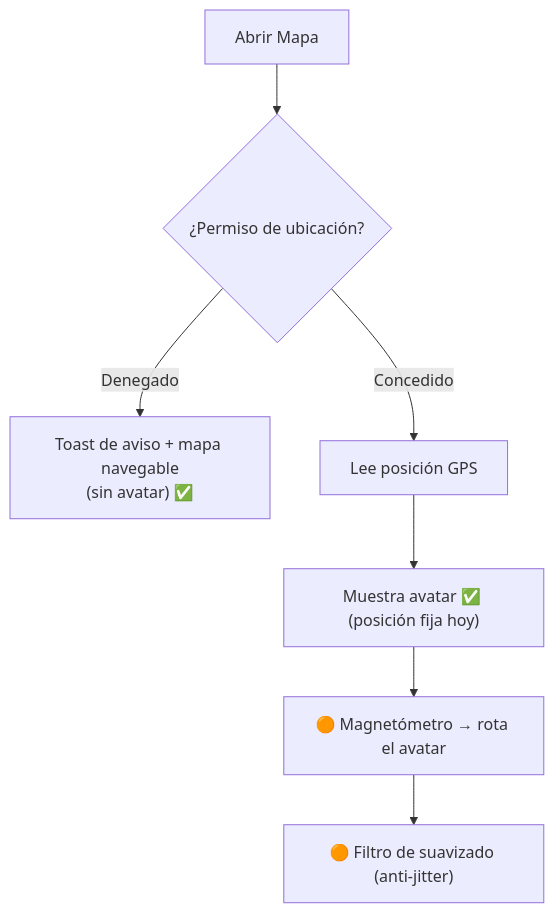
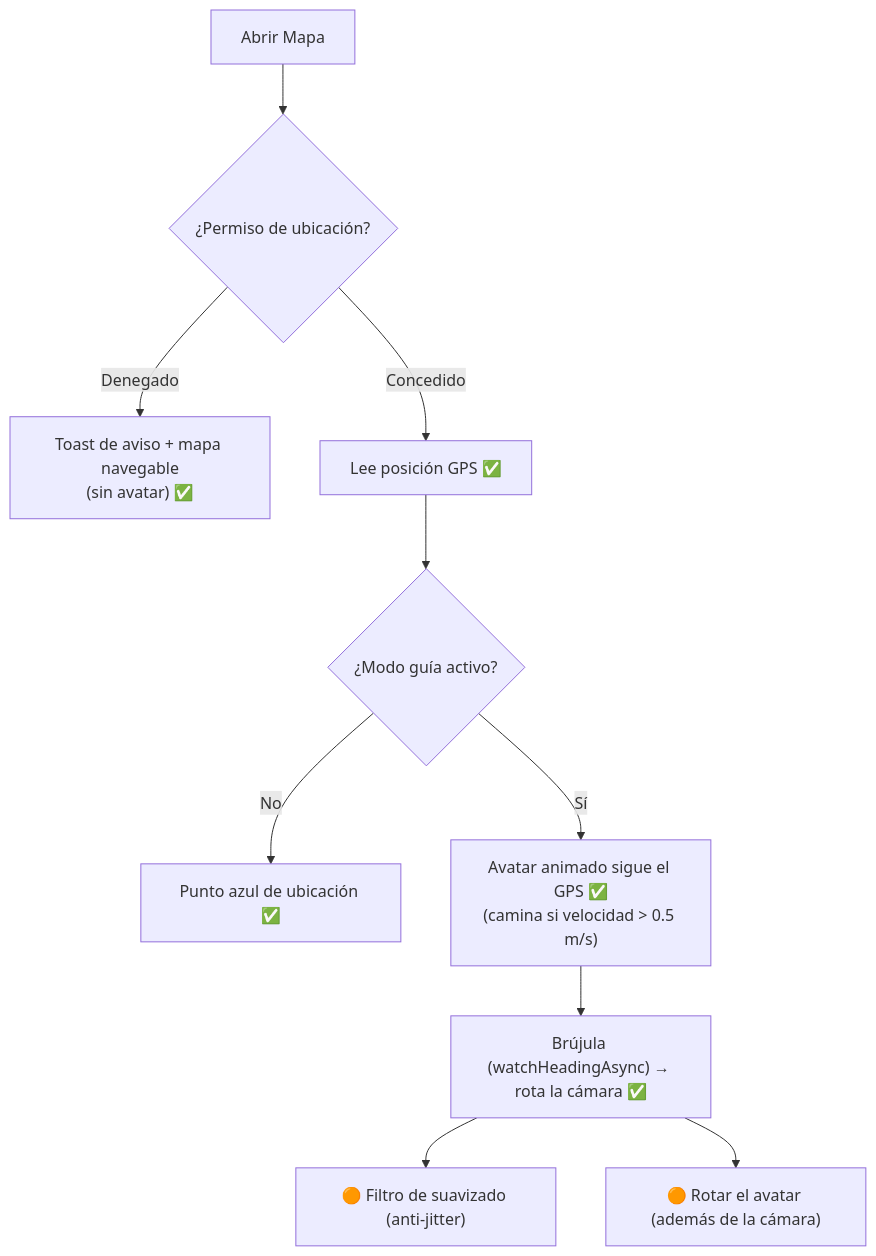
Before and after one commit to frank777ch/OndeSanMarcos: the eighth of 8 diagrams in documents/05-flujos.md, drawn with Mermaid. The commit also changed other lines of this file and 3 other files, not shown here.

````diff
--- a/documents/05-flujos.md
+++ b/documents/05-flujos.md
@@ -189,9 +189,12 @@
 ```mermaid
 flowchart TD
     start["Abrir Mapa"] --> perm{"¿Permiso de ubicación?"}
     perm -->|Denegado| toast["Toast de aviso + mapa navegable<br/>(sin avatar) ✅"]
-    perm -->|Concedido| loc["Lee posición GPS"]
-    loc --> avatar["Muestra avatar ✅ (posición fija hoy)"]
-    avatar --> sensors["🟠 Magnetómetro → rota el avatar"]
+    perm -->|Concedido| loc["Lee posición GPS ✅"]
+    loc --> modo{"¿Modo guía activo?"}
+    modo -->|No| punto["Punto azul de ubicación ✅"]
+    modo -->|Sí| avatar["Avatar animado sigue el GPS ✅<br/>(camina si velocidad > 0.5 m/s)"]
+    avatar --> sensors["Brújula (watchHeadingAsync) → rota la cámara ✅"]
     sensors --> smooth["🟠 Filtro de suavizado (anti-jitter)"]
+    sensors --> rot["🟠 Rotar el avatar (además de la cámara)"]
 ```
````
